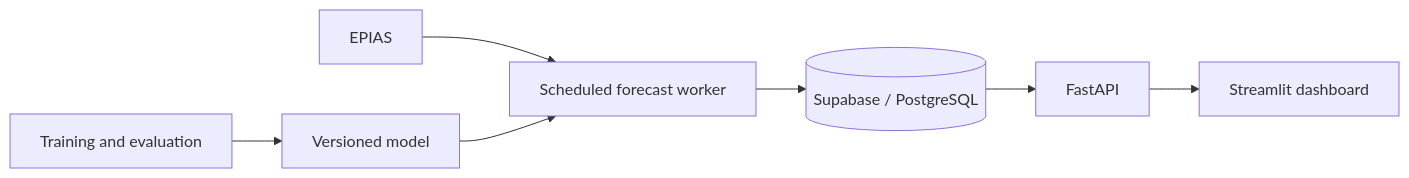
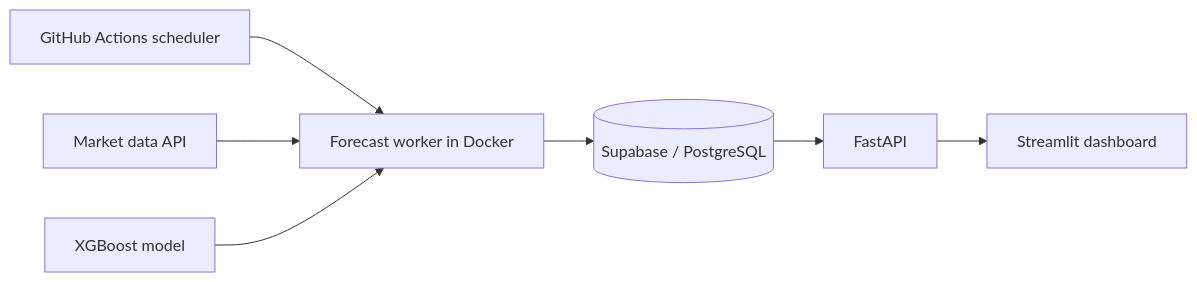
One commit to ulvi12/Turkiye-Electricity-Prediction changed the diagram in README.md. Above: the diagram before and after it, drawn with Mermaid. The commit also changed other lines of this file, not shown here.

````diff
--- a/README.md
+++ b/README.md
@@ -38,9 +15,9 @@
 ```mermaid
 flowchart LR
-    E[EPIAS] --> W[Scheduled forecast worker]
+    S[GitHub Actions scheduler] --> W[Forecast worker in Docker]
+    E[Market data API] --> W
+    M[XGBoost model] --> W
     W --> D[(Supabase / PostgreSQL)]
-    D --> A[FastAPI]
-    A --> U[Streamlit dashboard]
-    T[Training and evaluation] --> M[Versioned model]
-    M --> W
+    D --> F[FastAPI]
+    F --> U[Streamlit dashboard]
 ```
````
